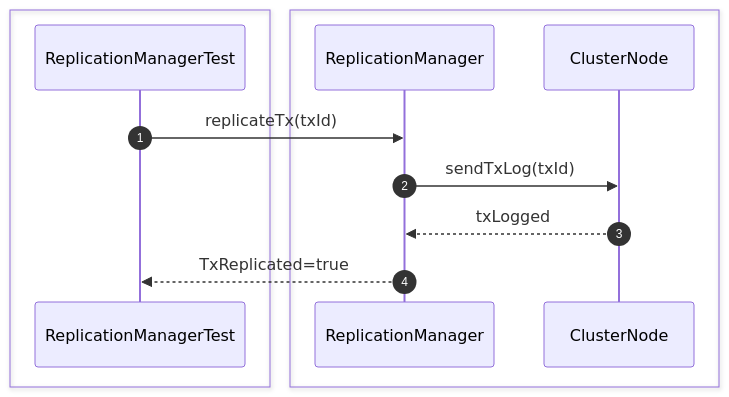
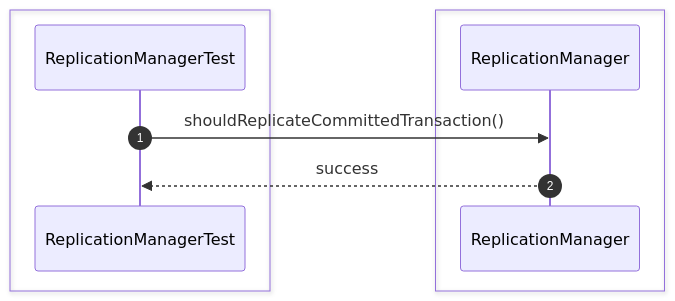
Before and after one commit to Huy1801214/dbms-architecture: the fifth of 26 diagrams in src/sequence/replication.md, drawn with Mermaid. The commit also changed other lines of this file and 68 other files, not shown here.

Commit message:
implement comprehensive unit test suite and architectural sequence documentation

````diff
--- a/src/sequence/replication.md
+++ b/src/sequence/replication.md
@@ -85,17 +66,13 @@
 ```mermaid
 sequenceDiagram
     autonumber
-
     box #e1f5fe Test Suite
     participant Test as ReplicationManagerTest
     end
-    box #ffebee Replication Components
-    participant Manager as ReplicationManager
-    participant Node as ClusterNode
+    box #e3f2fd ReplicationManager Component
+    participant RM as ReplicationManager
     end
 
-    Test->>Manager: replicateTx(txId)
-    Manager->>Node: sendTxLog(txId)
-    Node-->>Manager: txLogged
-    Manager-->>Test: TxReplicated=true
+    Test->>RM: shouldReplicateCommittedTransaction()
+    RM-->>Test: success
 ```
````
